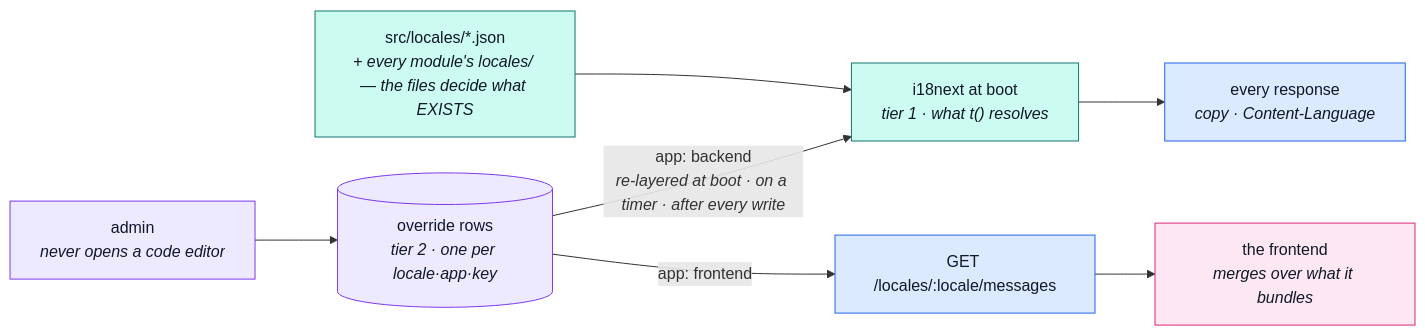
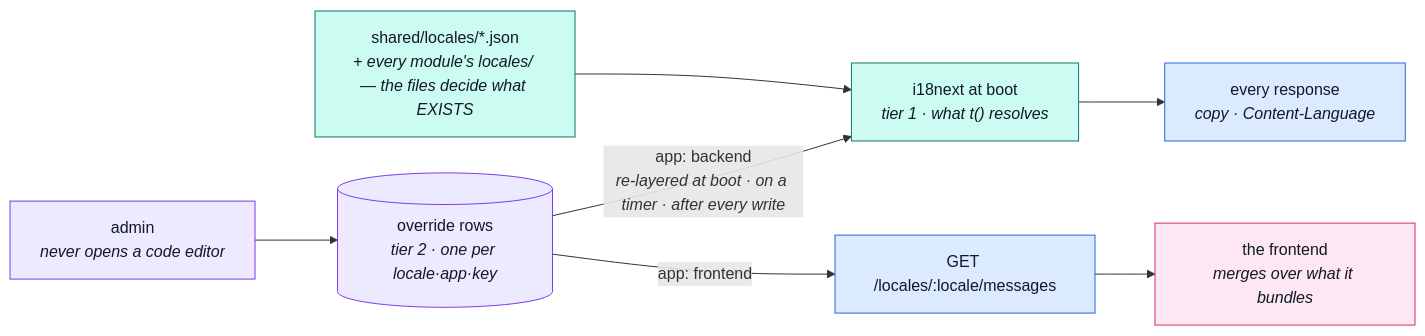
The second of 2 diagrams in docs/modules/locales.md (Guebbit/boilerplate-node-backend), drawn with Mermaid before and after one commit. The commit also changed other lines of this file and 115 other files, not shown here.

First line of the commit message:
feat(shared-rules): ops data is YAML with generated TS, and the dictionaries move to shared/locales

````diff
--- a/docs/modules/locales.md
+++ b/docs/modules/locales.md
@@ -146,19 +146,19 @@
 ```mermaid
 %%{init: {'flowchart': {'nodeSpacing': 28, 'rankSpacing': 60}}}%%
 flowchart LR
-    F["src/locales/*.json<br/><i>+ every module's locales/ — the files decide what EXISTS</i>"] --> I["i18next at boot<br/><i>tier 1 · what t() resolves</i>"]
+    F["shared/locales/*.json<br/><i>+ every module's locales/ — the files decide what EXISTS</i>"] --> I["i18next at boot<br/><i>tier 1 · what t() resolves</i>"]
     AD["admin<br/><i>never opens a code editor</i>"] --> DB[("override rows<br/><i>tier 2 · one per locale·app·key</i>")]
     DB -->|"app: backend<br/><i>re-layered at boot · on a timer · after every write</i>"| I
     DB -->|"app: frontend"| HT["GET /locales/:locale/messages"]
     HT --> FE["the frontend<br/><i>merges over what it bundles</i>"]
     I --> RS["every response<br/><i>copy · Content-Language</i>"]
 
     classDef files fill:#ccfbf1,stroke:#0f766e,color:#111827;
     classDef rows fill:#ede9fe,stroke:#7c3aed,color:#111827;
     classDef sink fill:#dbeafe,stroke:#2563eb,color:#111827;
     classDef ui fill:#fce7f3,stroke:#db2777,color:#111827;
     class F,I files;
     class AD,DB rows;
     class HT,RS sink;
     class FE ui;
 ```
````
